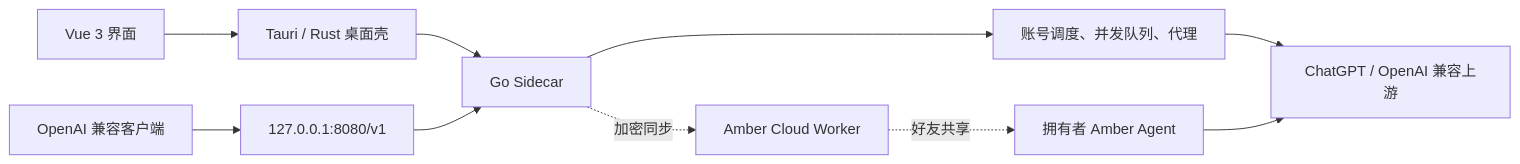
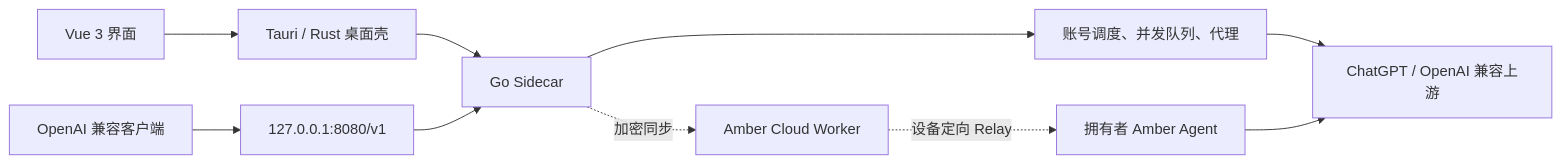
One commit to oyg123less/sub2api-desktop changed the diagram in README.md. Above: the diagram before and after it, drawn with Mermaid. The commit also changed other lines of this file and 80 other files, not shown here.

````diff
--- a/README.md
+++ b/README.md
@@ -114,12 +114,12 @@
 ```mermaid
 flowchart LR
     Client["OpenAI 兼容客户端"] --> API["127.0.0.1:8080/v1"]
     UI["Vue 3 界面"] --> Tauri["Tauri / Rust 桌面壳"]
     Tauri --> Sidecar["Go Sidecar"]
     API --> Sidecar
     Sidecar --> Scheduler["账号调度、并发队列、代理"]
     Scheduler --> Upstream["ChatGPT / OpenAI 兼容上游"]
     Sidecar -. 加密同步 .-> Worker["Amber Cloud Worker"]
-    Worker -. 好友共享 .-> Agent["拥有者 Amber Agent"]
+    Worker -. 设备定向 Relay .-> Agent["拥有者 Amber Agent"]
     Agent --> Upstream
 ```
````
